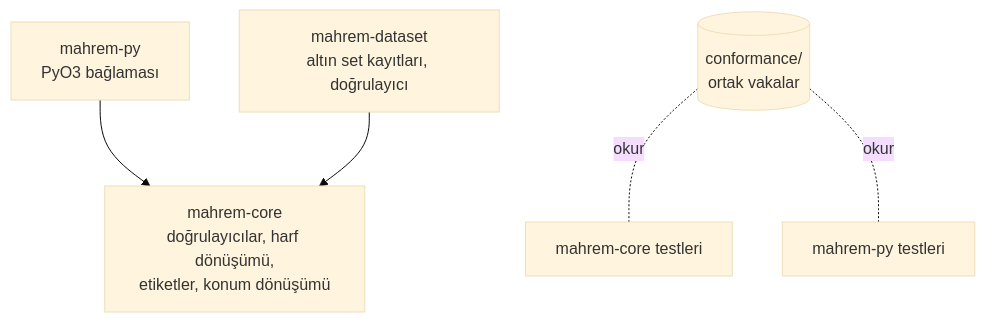
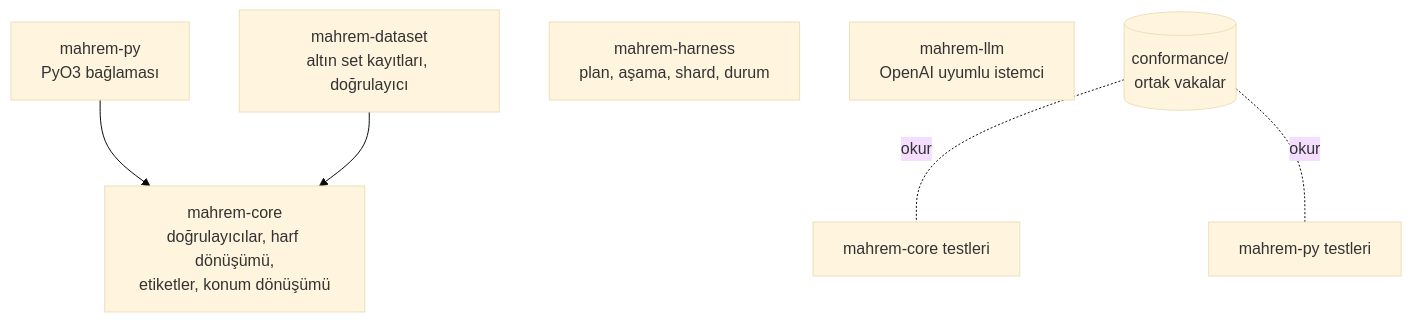
The diagram in docs/architecture.md (thebozturk/mahrem), drawn with Mermaid (base theme) before and after one commit. The commit also changed other lines of this file and 32 other files, not shown here.

First line of the commit message:
feat: resumable batch harness and local-only LLM client

````diff
--- a/docs/architecture.md
+++ b/docs/architecture.md
@@ -7,7 +7,9 @@
 ```mermaid
 flowchart TD
     Py["mahrem-py<br/>PyO3 bağlaması"] --> Core["mahrem-core<br/>doğrulayıcılar, harf dönüşümü,<br/>etiketler, konum dönüşümü"]
     Dataset["mahrem-dataset<br/>altın set kayıtları, doğrulayıcı"] --> Core
+    Harness["mahrem-harness<br/>plan, aşama, shard, durum"]
+    Llm["mahrem-llm<br/>OpenAI uyumlu istemci"]
     Conf[("conformance/<br/>ortak vakalar")] -. "okur" .- CoreTest["mahrem-core testleri"]
     Conf -. "okur" .- PyTest["mahrem-py testleri"]
 ```
````
